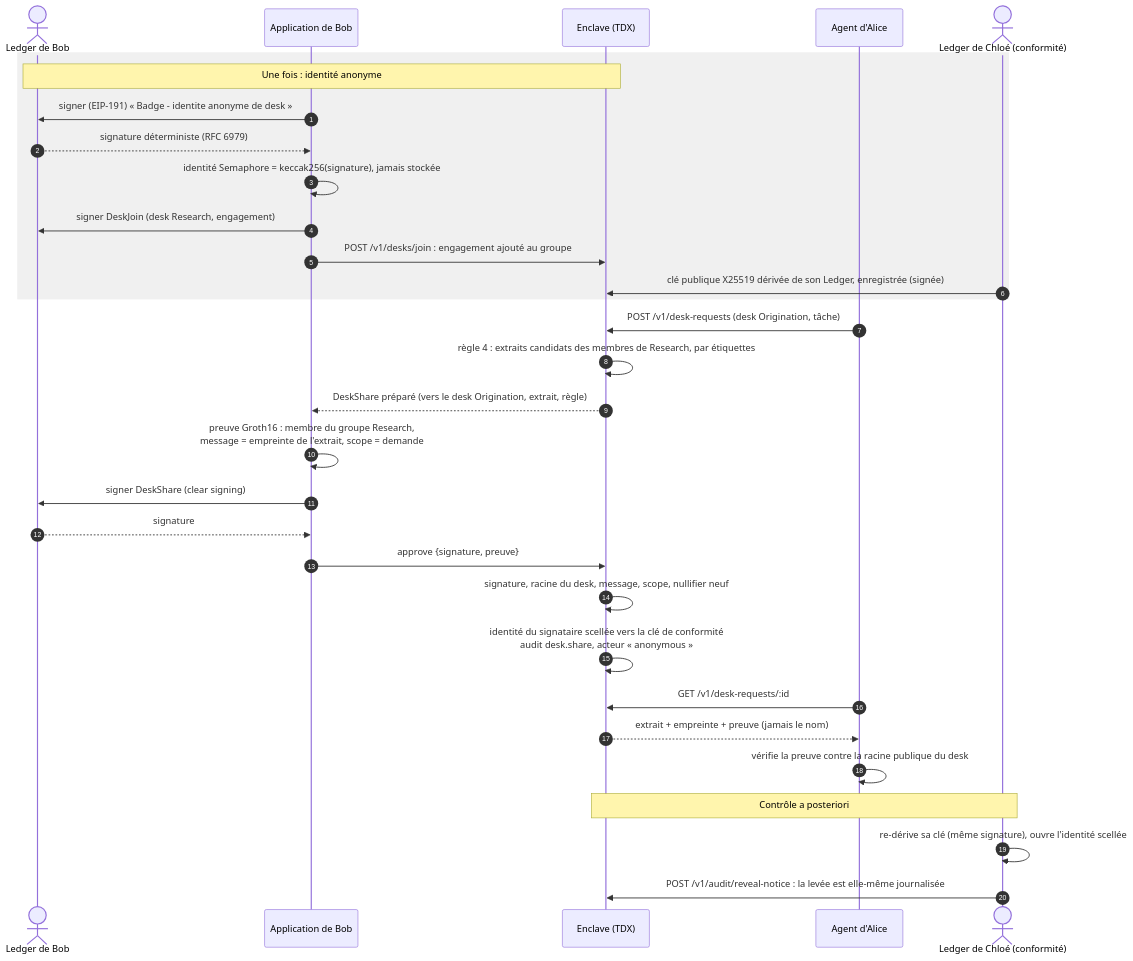
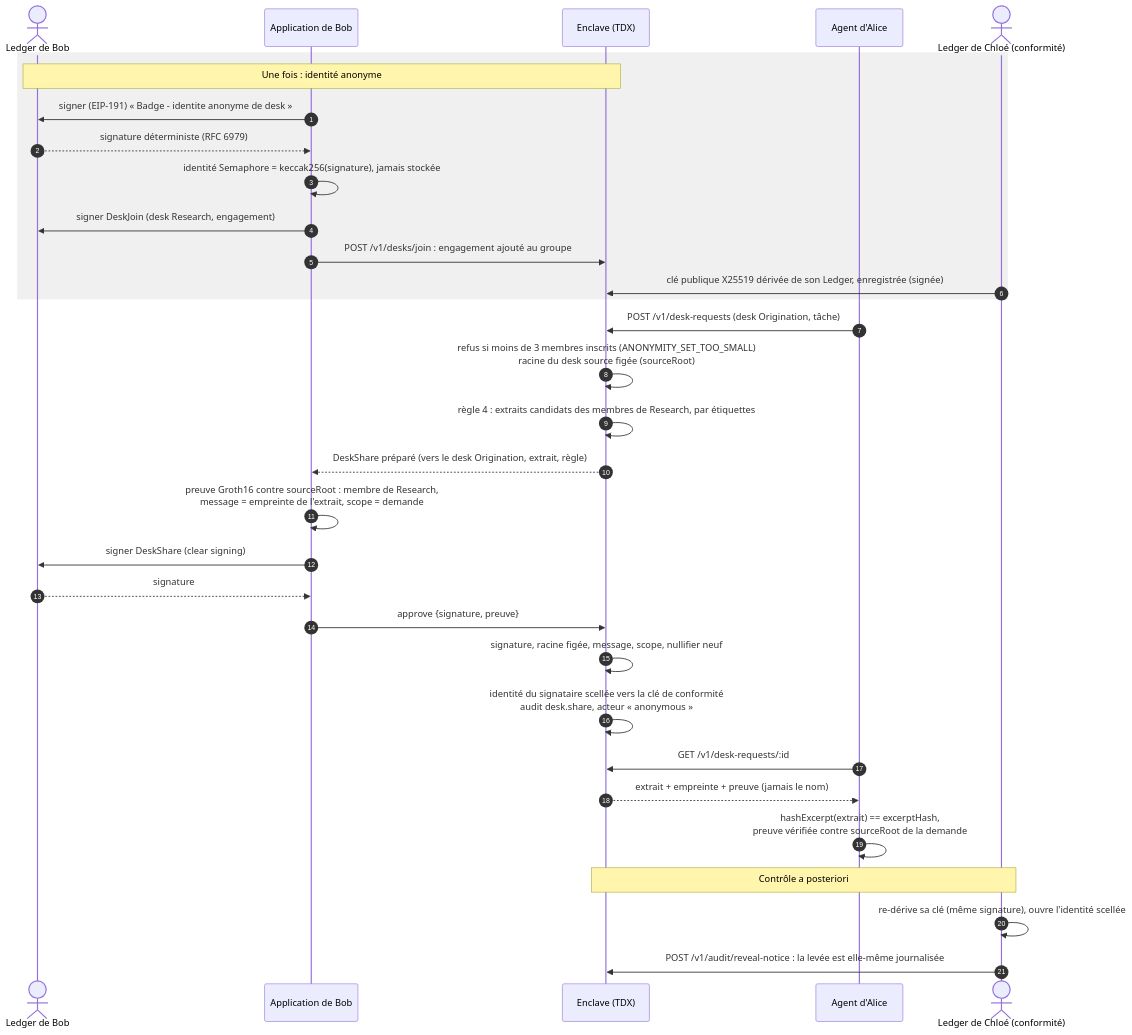
The third of 3 diagrams in docs/ARCHITECTURE.md (ebenbaruk/badge), drawn with Mermaid before and after one commit. The commit also changed other lines of this file, not shown here.

Commit message:
docs: architecture et modèle de menace à jour (épingles, tête d'audit signée, desks)

````diff
--- a/docs/ARCHITECTURE.md
+++ b/docs/ARCHITECTURE.md
@@ -131,36 +140,37 @@
 ```mermaid
 sequenceDiagram
   autonumber
   actor Bob as Ledger de Bob
   participant AB as Application de Bob
   participant E as Enclave (TDX)
   participant AA as Agent d'Alice
   actor Chloe as Ledger de Chloé (conformité)
 
   rect rgb(240, 240, 240)
   Note over Bob,E: Une fois : identité anonyme
   AB->>Bob: signer (EIP-191) « Badge - identite anonyme de desk »
   Bob-->>AB: signature déterministe (RFC 6979)
   AB->>AB: identité Semaphore = keccak256(signature), jamais stockée
   AB->>Bob: signer DeskJoin (desk Research, engagement)
   AB->>E: POST /v1/desks/join : engagement ajouté au groupe
   Chloe->>E: clé publique X25519 dérivée de son Ledger, enregistrée (signée)
   end
 
   AA->>E: POST /v1/desk-requests (desk Origination, tâche)
+  E->>E: refus si moins de 3 membres inscrits (ANONYMITY_SET_TOO_SMALL)<br/>racine du desk source figée (sourceRoot)
   E->>E: règle 4 : extraits candidats des membres de Research, par étiquettes
   E-->>AB: DeskShare préparé (vers le desk Origination, extrait, règle)
-  AB->>AB: preuve Groth16 : membre du groupe Research,<br/>message = empreinte de l'extrait, scope = demande
+  AB->>AB: preuve Groth16 contre sourceRoot : membre de Research,<br/>message = empreinte de l'extrait, scope = demande
   AB->>Bob: signer DeskShare (clear signing)
   Bob-->>AB: signature
   AB->>E: approve {signature, preuve}
-  E->>E: signature, racine du desk, message, scope, nullifier neuf
+  E->>E: signature, racine figée, message, scope, nullifier neuf
   E->>E: identité du signataire scellée vers la clé de conformité<br/>audit desk.share, acteur « anonymous »
   AA->>E: GET /v1/desk-requests/:id
   E-->>AA: extrait + empreinte + preuve (jamais le nom)
-  AA->>AA: vérifie la preuve contre la racine publique du desk
+  AA->>AA: hashExcerpt(extrait) == excerptHash,<br/>preuve vérifiée contre sourceRoot de la demande
 
   Note over Chloe,E: Contrôle a posteriori
   Chloe->>Chloe: re-dérive sa clé (même signature), ouvre l'identité scellée
   Chloe->>E: POST /v1/audit/reveal-notice : la levée est elle-même journalisée
 ```
````
